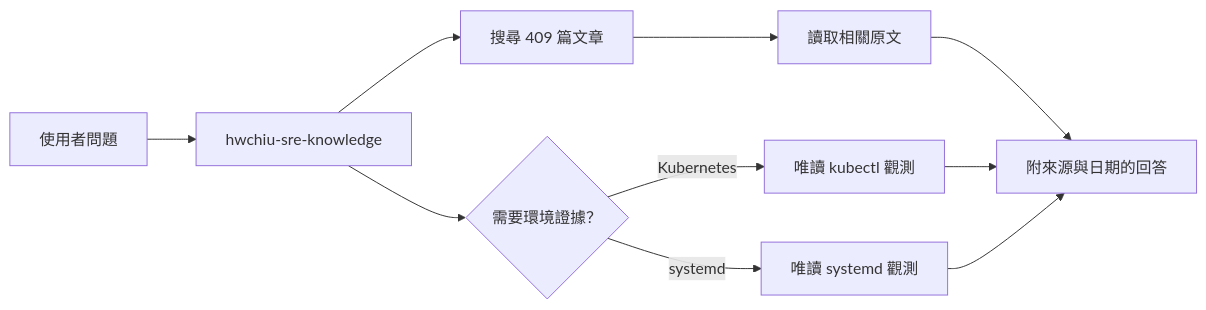
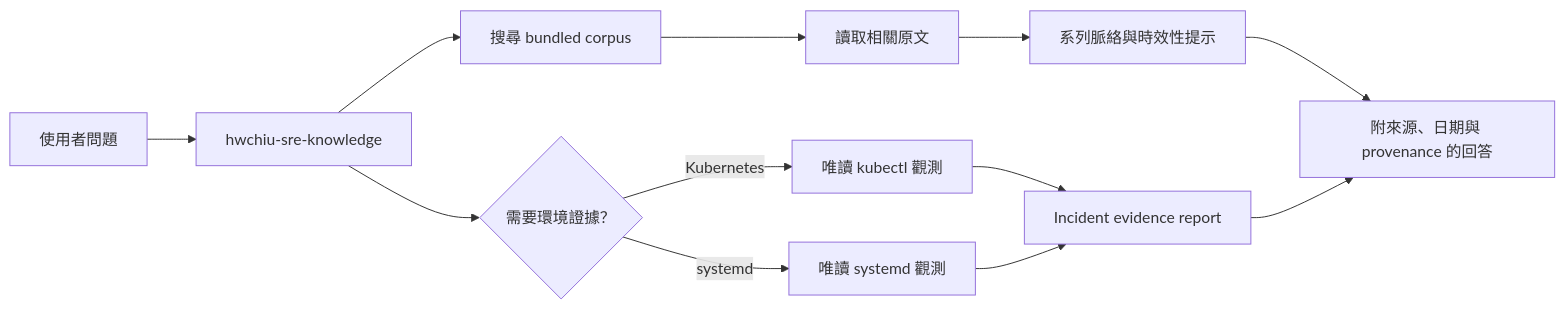
One commit to narumiruna/pi-hwchiu changed the diagram in README.md. Above: the diagram before and after it, drawn with Mermaid. The commit also changed other lines of this file and 3 other files, not shown here.

````diff
--- a/README.md
+++ b/README.md
@@ -91,12 +105,14 @@
 ```mermaid
 flowchart LR
     U[使用者問題] --> S[hwchiu-sre-knowledge]
-    S --> Q[搜尋 409 篇文章]
+    S --> Q[搜尋 bundled corpus]
     Q --> R[讀取相關原文]
-    R --> A[附來源與日期的回答]
+    R --> F[系列脈絡與時效性提示]
+    F --> A[附來源、日期與 provenance 的回答]
     S --> D{需要環境證據？}
     D -->|Kubernetes| K[唯讀 kubectl 觀測]
     D -->|systemd| Y[唯讀 systemd 觀測]
-    K --> A
-    Y --> A
+    K --> I[Incident evidence report]
+    Y --> I
+    I --> A
 ```
````
